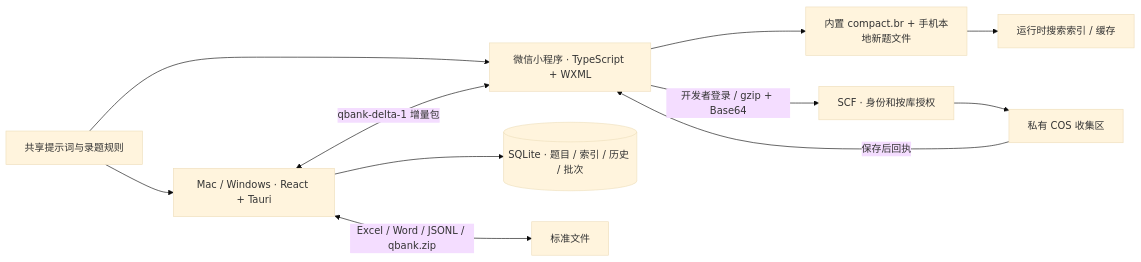
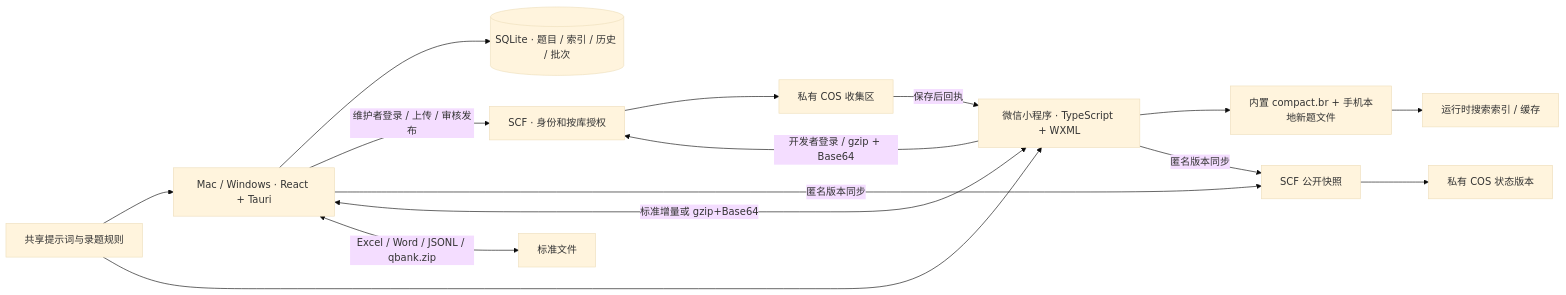
The first of 2 diagrams in 开发文档.md (qingye0312-cpu/question-bank), drawn with Mermaid (base theme) before and after one commit. The commit also changed other lines of this file and 65 other files, not shown here.

````diff
--- a/开发文档.md
+++ b/开发文档.md
@@ -121,13 +122,17 @@
 ```mermaid
 flowchart LR
   T[共享提示词与录题规则] --> D[Mac / Windows · React + Tauri]
   T --> M[微信小程序 · TypeScript + WXML]
   D --> DB[(SQLite · 题目 / 索引 / 历史 / 批次)]
   M --> F[内置 compact.br + 手机本地新题文件]
   M -->|开发者登录 / gzip + Base64| A[SCF · 身份和按库授权]
+  D -->|维护者登录 / 上传 / 审核发布| A
+  D -->|匿名版本同步| S[SCF 公开快照]
+  M -->|匿名版本同步| S
+  S --> P[私有 COS 状态版本]
   A --> C[私有 COS 收集区]
   C -->|保存后回执| M
   F --> I[运行时搜索索引 / 缓存]
-  D <-->|qbank-delta-1 增量包| M
+  D <-->|标准增量或 gzip+Base64| M
   D <-->|Excel / Word / JSONL / qbank.zip| E[标准文件]
 ```
````
